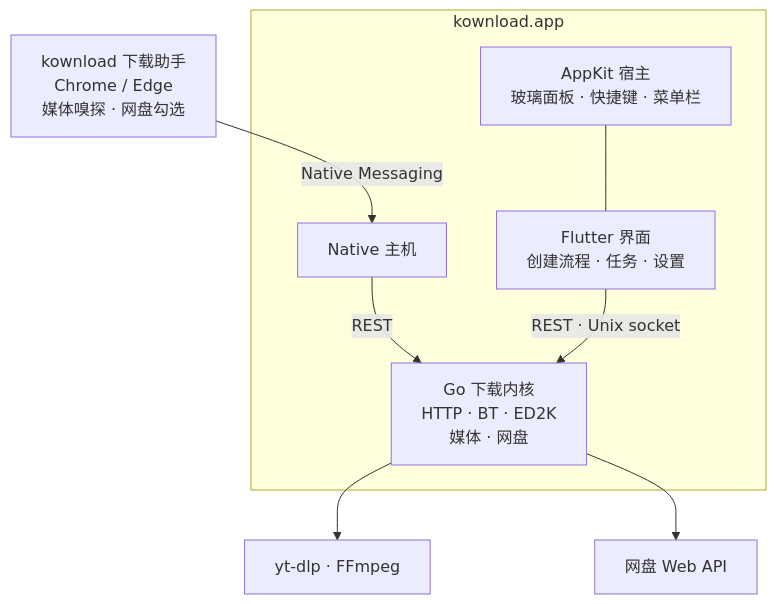
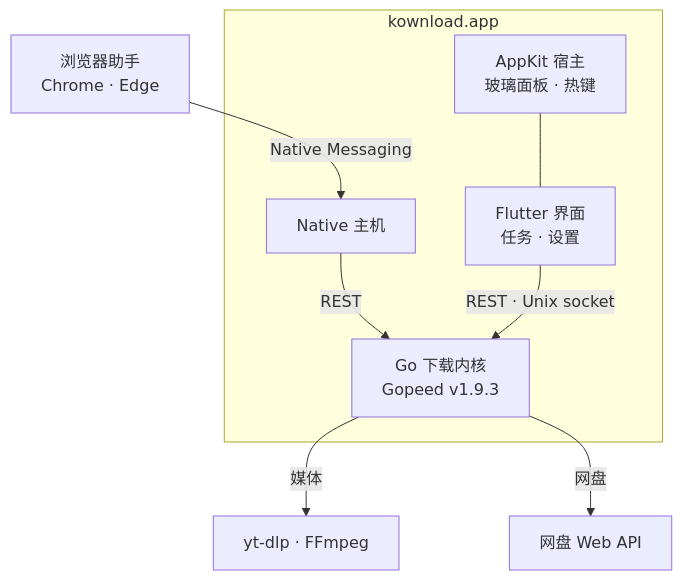
The diagram in README.md (kbwumin13-sudo/kownload), drawn with Mermaid before and after one commit.

Commit message:
docs: shorten architecture diagram labels for GitHub rendering

````diff
--- a/README.md
+++ b/README.md
@@ -192,18 +192,18 @@
 ```mermaid
 flowchart TB
-    ext["kownload 下载助手<br/>Chrome / Edge<br/>媒体嗅探 · 网盘勾选"]
+    ext["浏览器助手<br/>Chrome · Edge"]
     subgraph app["kownload.app"]
-        host["AppKit 宿主<br/>玻璃面板 · 快捷键 · 菜单栏"]
-        ui["Flutter 界面<br/>创建流程 · 任务 · 设置"]
+        host["AppKit 宿主<br/>玻璃面板 · 热键"]
+        ui["Flutter 界面<br/>任务 · 设置"]
         nm["Native 主机"]
-        core["Go 下载内核<br/>HTTP · BT · ED2K<br/>媒体 · 网盘"]
+        core["Go 下载内核<br/>Gopeed v1.9.3"]
     end
     tools["yt-dlp · FFmpeg"]
     disks["网盘 Web API"]
     ext -- "Native Messaging" --> nm
     nm -- "REST" --> core
     host --- ui
     ui -- "REST · Unix socket" --> core
-    core --> tools
-    core --> disks
+    core -- "媒体" --> tools
+    core -- "网盘" --> disks
 ```
````
